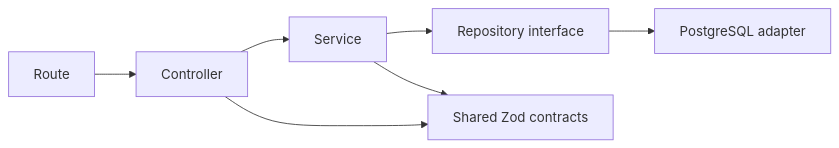
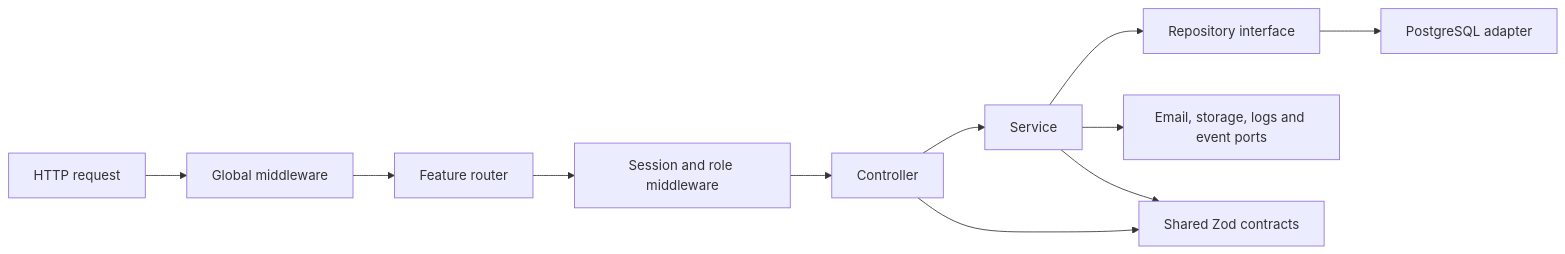
Before and after one commit to lsahatqija/monthloom: the third of 13 diagrams in docs/architecture.md, drawn with Mermaid. The commit also changed other lines of this file and 7 other files, not shown here.

````diff
--- a/docs/architecture.md
+++ b/docs/architecture.md
@@ -92,7 +129,11 @@
 ```mermaid
 flowchart LR
-    Route --> Controller --> Service --> Repository[Repository interface]
+    Request[HTTP request] --> Global[Global middleware]
+    Global --> Route[Feature router]
+    Route --> Authz[Session and role middleware]
+    Authz --> Controller --> Service --> Repository[Repository interface]
     Repository --> Adapter[PostgreSQL adapter]
+    Service --> Infra[Email, storage, logs and event ports]
     Controller --> Contracts[Shared Zod contracts]
     Service --> Contracts
 ```
````
